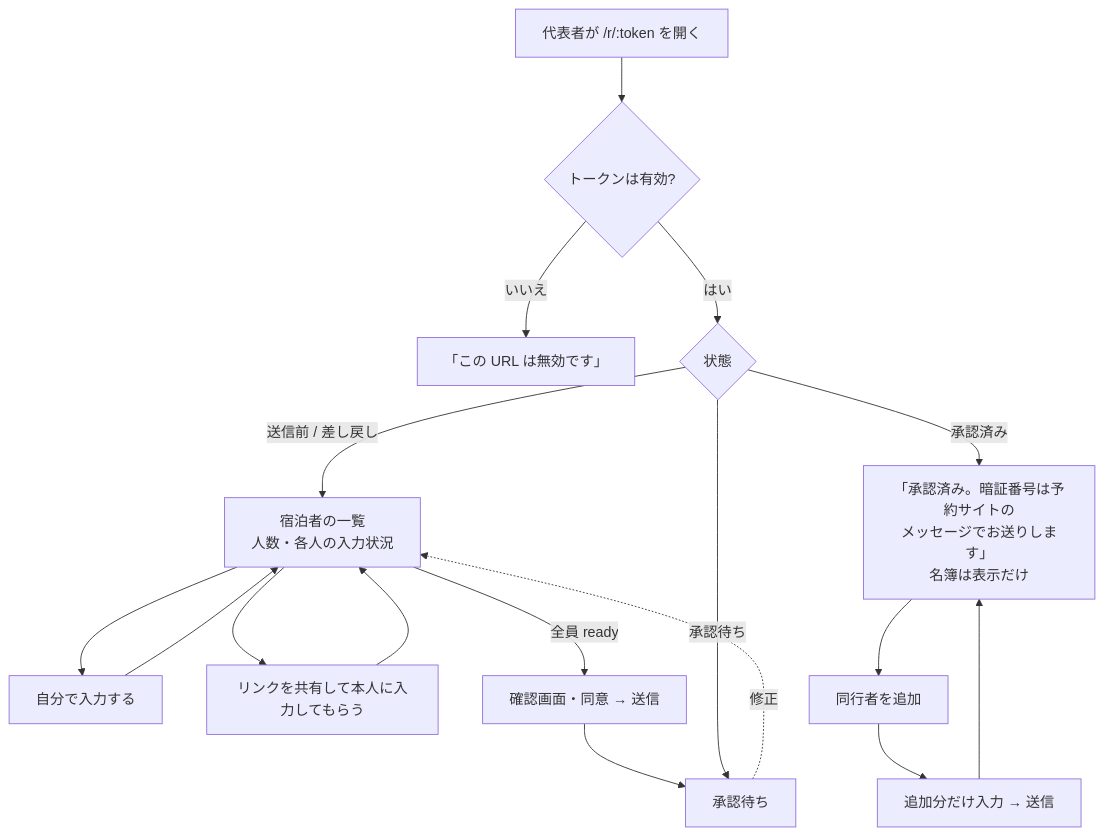
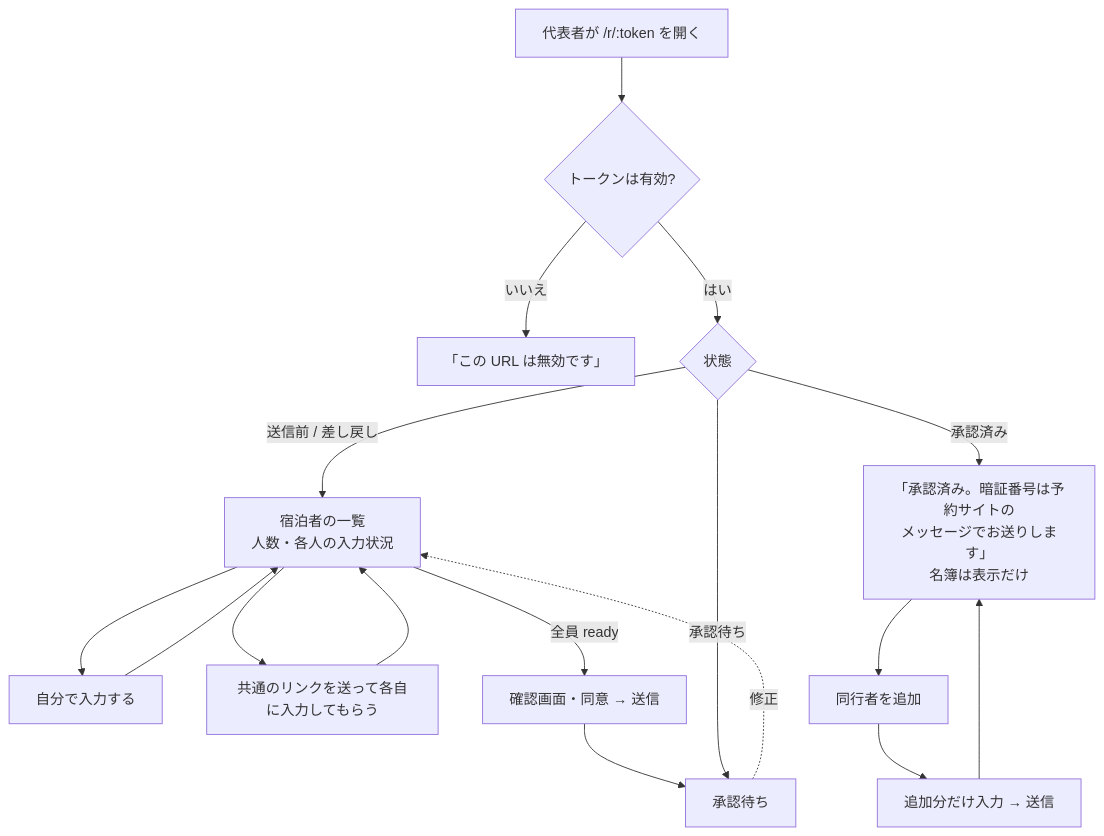
The third of 5 diagrams in docs/design.md (tamahouse0930/checkinmanagement), drawn with Mermaid before and after one commit. The commit also changed other lines of this file and 14 other files, not shown here.

````diff
--- a/docs/design.md
+++ b/docs/design.md
@@ -508,16 +510,16 @@
 ```mermaid
 flowchart TD
     A[代表者が /r/:token を開く] --> B{トークンは有効?}
     B -- いいえ --> X[「この URL は無効です」]
     B -- はい --> C{状態}
     C -- 送信前 / 差し戻し --> L[宿泊者の一覧<br/>人数・各人の入力状況]
     L --> E1[自分で入力する]
-    L --> E2[リンクを共有して本人に入力してもらう]
+    L --> E2[共通のリンクを送って各自に入力してもらう]
     E1 & E2 --> L
     L -->|全員 ready| S[確認画面・同意 → 送信]
     S --> P[承認待ち]
     C -- 承認待ち --> P
     P -. 修正 .-> L
     C -- 承認済み --> OK[「承認済み。暗証番号は予約サイトの<br/>メッセージでお送りします」<br/>名簿は表示だけ]
     OK --> ADD[同行者を追加] --> S2[追加分だけ入力 → 送信] --> OK
 ```
````
